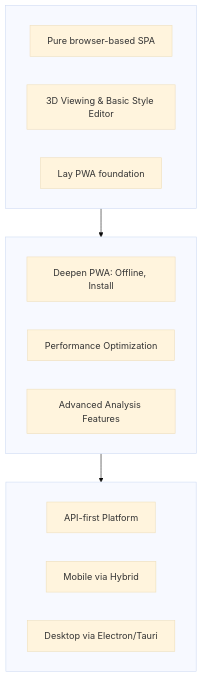
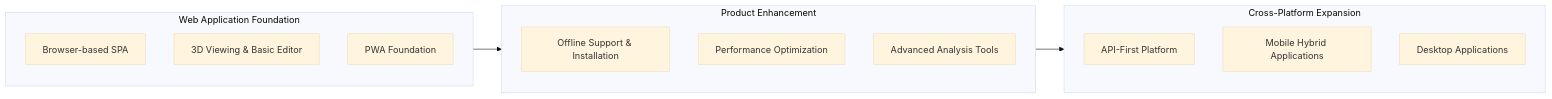
The second of 2 diagrams in README.md (OverbearingPearl/pearl-map), drawn with Mermaid (base theme) before and after one commit. The commit also changed other lines of this file, not shown here.

````diff
--- a/README.md
+++ b/README.md
@@ -85,29 +84,26 @@
 ```mermaid
-flowchart TD
-    P1[Phase 1: Core Web App & MVP]
-    P2[Phase 2: Enhanced PWA & Productization]
-    P3[Phase 3: Platform Expansion & Mobile]
-
+flowchart LR
+    P1[Phase 1: Core MVP]
+    P2[Phase 2: Enhanced PWA]
+    P3[Phase 3: Platform Expansion]
+    
     P1 --> P2 --> P3
-
-    subgraph P1 [ ]
-        direction LR
-        S1A[Pure browser-based SPA]
-        S1B[3D Viewing & Basic Style Editor]
-        S1C[Lay PWA foundation]
+    
+    subgraph P1 [Web Application Foundation]
+        S1A[Browser-based SPA]
+        S1B[3D Viewing & Basic Editor]
+        S1C[PWA Foundation]
     end
-
-    subgraph P2 [ ]
-        direction LR
-        S2A[Deepen PWA: Offline, Install]
+    
+    subgraph P2 [Product Enhancement]
+        S2A[Offline Support & Installation]
         S2B[Performance Optimization]
-        S2C[Advanced Analysis Features]
+        S2C[Advanced Analysis Tools]
     end
-
-    subgraph P3 [ ]
-        direction LR
-        S3A[API-first Platform]
-        S3B[Mobile via Hybrid]
-        S3C[Desktop via Electron/Tauri]
+    
+    subgraph P3 [Cross-Platform Expansion]
+        S3A[API-First Platform]
+        S3B[Mobile Hybrid Applications]
+        S3C[Desktop Applications]
     end
 ```
````
